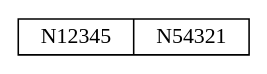
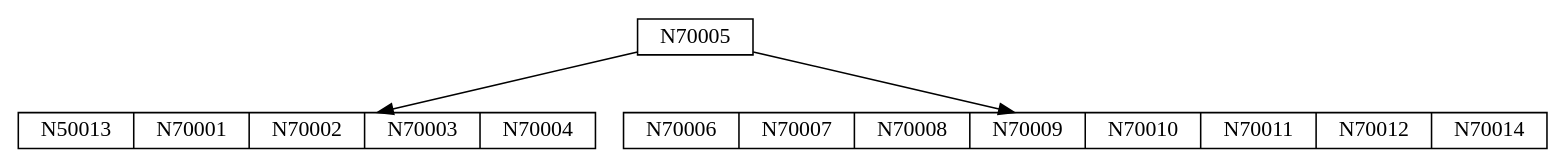
Before and after one commit to moisibot/201930195_EDD_Proyecto: the diagram in cmake-build-debug/arbol_b_disponibles.dot, drawn with Graphviz. The commit also changed 36 other files, not shown here.

```diff
--- a/cmake-build-debug/arbol_b_disponibles.dot
+++ b/cmake-build-debug/arbol_b_disponibles.dot
@@ -1,5 +1,9 @@
 digraph ArbolB {
 node [shape=record, height=.1];
 rankdir=TB;
-nodo0x558311c60e90 [label="N12345 | N54321"];
+nodo0x556f12928db0 [label="N70005"];
+nodo0x556f12928db0 -> nodo0x556f12928e90;
+nodo0x556f12928e90 [label="N50013 | N70001 | N70002 | N70003 | N70004"];
+nodo0x556f12928db0 -> nodo0x556f1292e260;
+nodo0x556f1292e260 [label="N70006 | N70007 | N70008 | N70009 | N70010 | N70011 | N70012 | N70014"];
 }
```
